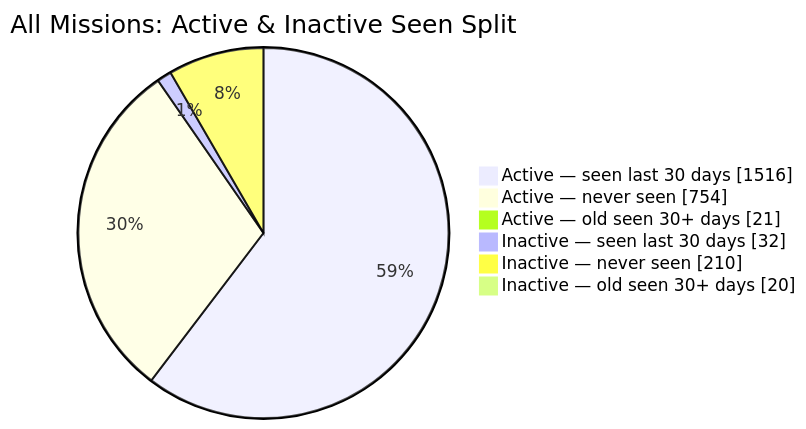
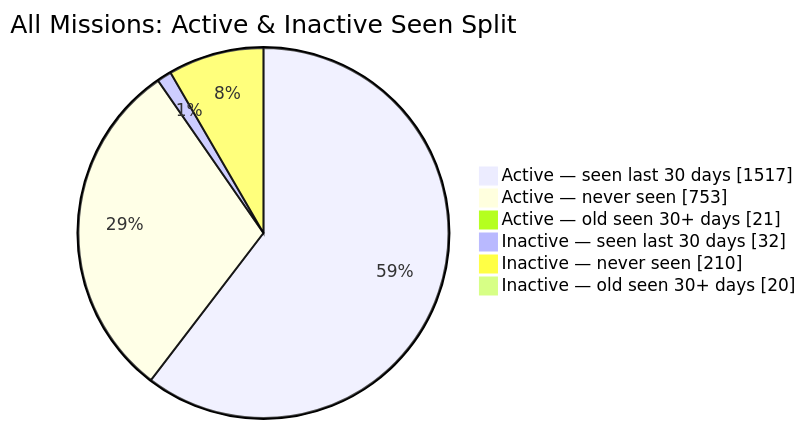
Before and after one commit to MeldkamerspelGameTeam/active-missions: the second of 2 diagrams in README.md, drawn with Mermaid. The commit also changed other lines of this file and 2 other files, not shown here.

````diff
--- a/README.md
+++ b/README.md
@@ -44,10 +44,10 @@
 ```mermaid
 pie showData
     title All Missions: Active & Inactive Seen Split
-    "Active — seen last 30 days" : 1516
-    "Active — never seen" : 754
+    "Active — seen last 30 days" : 1517
+    "Active — never seen" : 753
     "Active — old seen 30+ days" : 21
     "Inactive — seen last 30 days" : 32
     "Inactive — never seen" : 210
     "Inactive — old seen 30+ days" : 20
 ```
````
